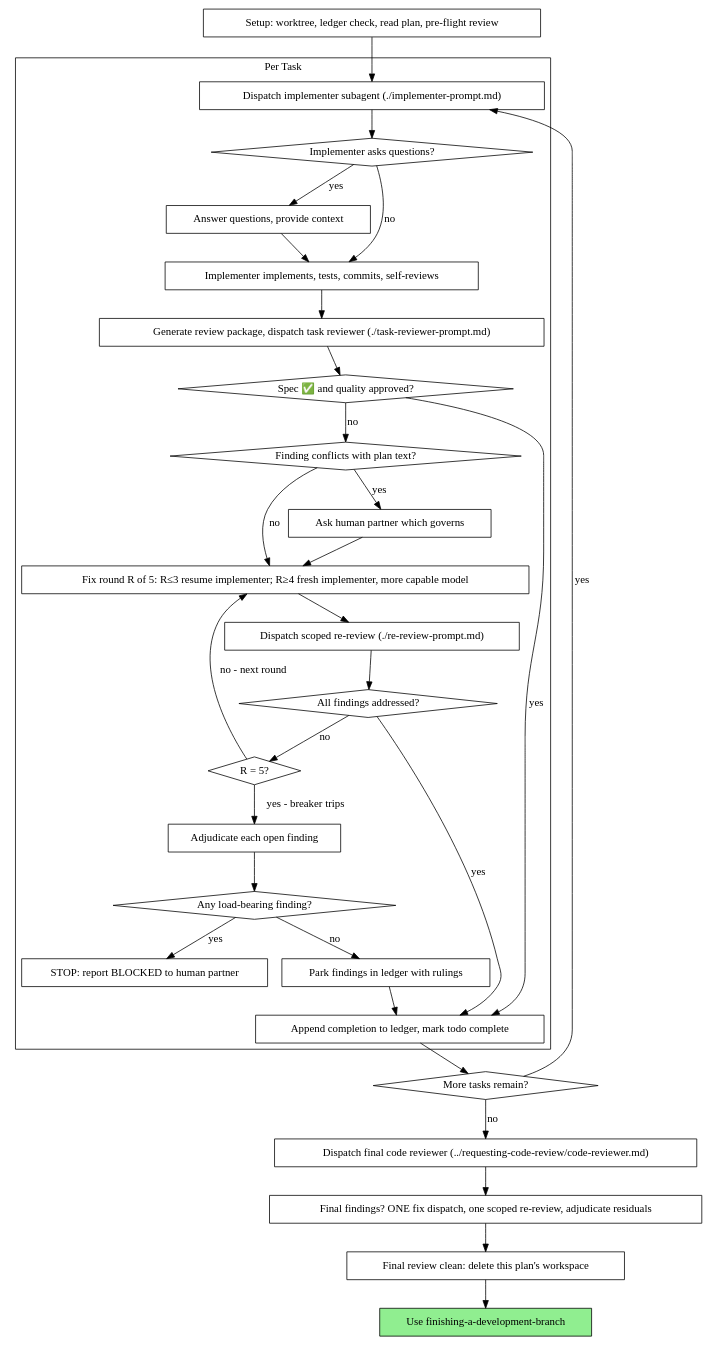
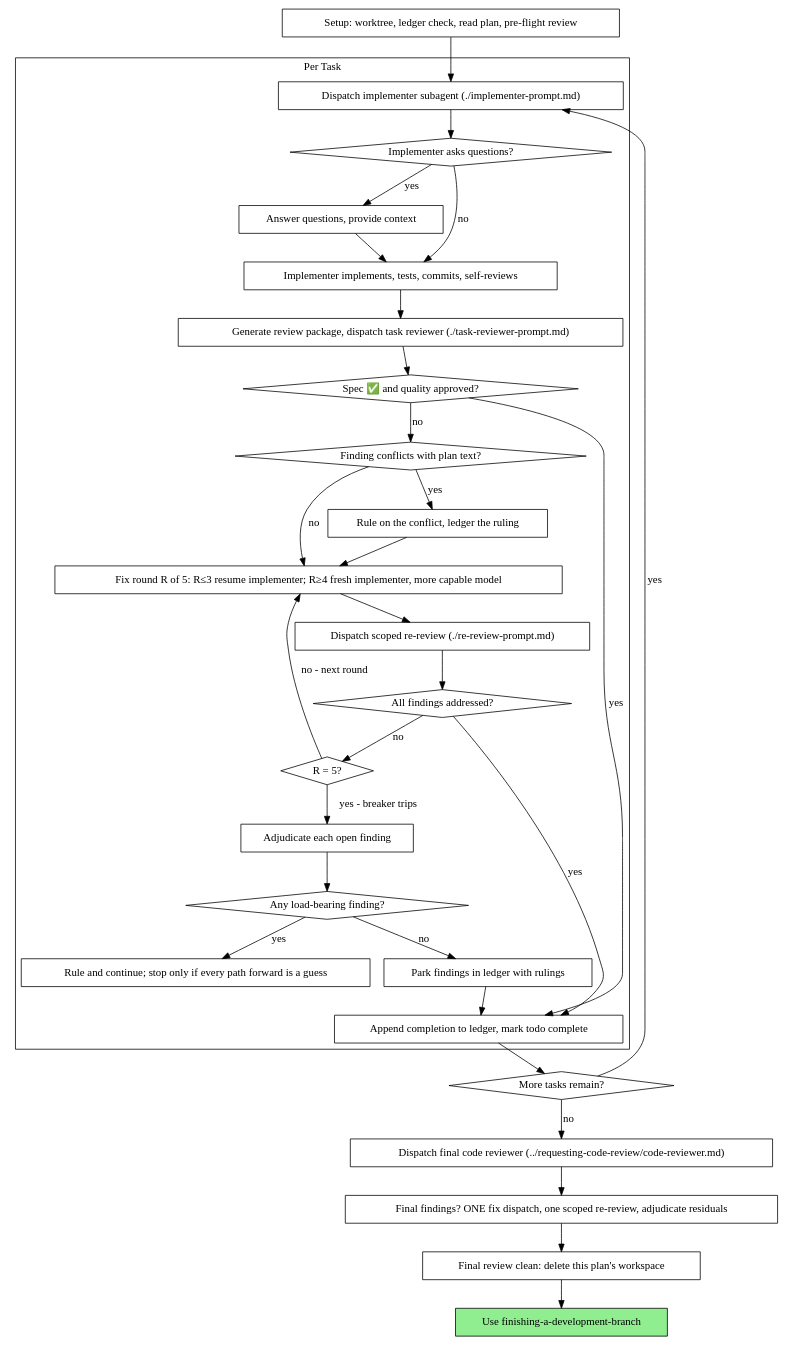
The second of 2 diagrams in skills/obra/subagent-driven-development/SKILL.md (XMMM1/skills), drawn with Graphviz before and after one commit. The commit also changed other lines of this file and 10 other files, not shown here.

````diff
--- a/skills/obra/subagent-driven-development/SKILL.md
+++ b/skills/obra/subagent-driven-development/SKILL.md
@@ -47,62 +61,62 @@
 ```dot
 digraph process {
     rankdir=TB;
 
     subgraph cluster_per_task {
         label="Per Task";
         "Dispatch implementer subagent (./implementer-prompt.md)" [shape=box];
         "Implementer asks questions?" [shape=diamond];
         "Answer questions, provide context" [shape=box];
         "Implementer implements, tests, commits, self-reviews" [shape=box];
         "Generate review package, dispatch task reviewer (./task-reviewer-prompt.md)" [shape=box];
         "Spec ✅ and quality approved?" [shape=diamond];
         "Finding conflicts with plan text?" [shape=diamond];
-        "Ask human partner which governs" [shape=box];
+        "Rule on the conflict, ledger the ruling" [shape=box];
         "Fix round R of 5: R≤3 resume implementer; R≥4 fresh implementer, more capable model" [shape=box];
         "Dispatch scoped re-review (./re-review-prompt.md)" [shape=box];
         "All findings addressed?" [shape=diamond];
         "R = 5?" [shape=diamond];
         "Adjudicate each open finding" [shape=box];
         "Any load-bearing finding?" [shape=diamond];
-        "STOP: report BLOCKED to human partner" [shape=box];
+        "Rule and continue; stop only if every path forward is a guess" [shape=box];
         "Park findings in ledger with rulings" [shape=box];
         "Append completion to ledger, mark todo complete" [shape=box];
     }
 
     "Setup: worktree, ledger check, read plan, pre-flight review" [shape=box];
     "More tasks remain?" [shape=diamond];
     "Dispatch final code reviewer (../requesting-code-review/code-reviewer.md)" [shape=box];
     "Final findings? ONE fix dispatch, one scoped re-review, adjudicate residuals" [shape=box];
     "Final review clean: delete this plan's workspace" [shape=box];
     "Use finishing-a-development-branch" [shape=box style=filled fillcolor=lightgreen];
 
     "Setup: worktree, ledger check, read plan, pre-flight review" -> "Dispatch implementer subagent (./implementer-prompt.md)";
     "Dispatch implementer subagent (./implementer-prompt.md)" -> "Implementer asks questions?";
     "Implementer asks questions?" -> "Answer questions, provide context" [label="yes"];
     "Answer questions, provide context" -> "Implementer implements, tests, commits, self-reviews";
     "Implementer asks questions?" -> "Implementer implements, tests, commits, self-reviews" [label="no"];
     "Implementer implements, tests, commits, self-reviews" -> "Generate review package, dispatch task reviewer (./task-reviewer-prompt.md)";
     "Generate review package, dispatch task reviewer (./task-reviewer-prompt.md)" -> "Spec ✅ and quality approved?";
     "Spec ✅ and quality approved?" -> "Append completion to ledger, mark todo complete" [label="yes"];
     "Spec ✅ and quality approved?" -> "Finding conflicts with plan text?" [label="no"];
-    "Finding conflicts with plan text?" -> "Ask human partner which governs" [label="yes"];
-    "Ask human partner which governs" -> "Fix round R of 5: R≤3 resume implementer; R≥4 fresh implementer, more capable model";
+    "Finding conflicts with plan text?" -> "Rule on the conflict, ledger the ruling" [label="yes"];
+    "Rule on the conflict, ledger the ruling" -> "Fix round R of 5: R≤3 resume implementer; R≥4 fresh implementer, more capable model";
     "Finding conflicts with plan text?" -> "Fix round R of 5: R≤3 resume implementer; R≥4 fresh implementer, more capable model" [label="no"];
     "Fix round R of 5: R≤3 resume implementer; R≥4 fresh implementer, more capable model" -> "Dispatch scoped re-review (./re-review-prompt.md)";
     "Dispatch scoped re-review (./re-review-prompt.md)" -> "All findings addressed?";
     "All findings addressed?" -> "Append completion to ledger, mark todo complete" [label="yes"];
     "All findings addressed?" -> "R = 5?" [label="no"];
     "R = 5?" -> "Fix round R of 5: R≤3 resume implementer; R≥4 fresh implementer, more capable model" [label="no - next round"];
     "R = 5?" -> "Adjudicate each open finding" [label="yes - breaker trips"];
     "Adjudicate each open finding" -> "Any load-bearing finding?";
-    "Any load-bearing finding?" -> "STOP: report BLOCKED to human partner" [label="yes"];
+    "Any load-bearing finding?" -> "Rule and continue; stop only if every path forward is a guess" [label="yes"];
     "Any load-bearing finding?" -> "Park findings in ledger with rulings" [label="no"];
     "Park findings in ledger with rulings" -> "Append completion to ledger, mark todo complete";
     "Append completion to ledger, mark todo complete" -> "More tasks remain?";
     "More tasks remain?" -> "Dispatch implementer subagent (./implementer-prompt.md)" [label="yes"];
     "More tasks remain?" -> "Dispatch final code reviewer (../requesting-code-review/code-reviewer.md)" [label="no"];
     "Dispatch final code reviewer (../requesting-code-review/code-reviewer.md)" -> "Final findings? ONE fix dispatch, one scoped re-review, adjudicate residuals";
     "Final findings? ONE fix dispatch, one scoped re-review, adjudicate residuals" -> "Final review clean: delete this plan's workspace";
     "Final review clean: delete this plan's workspace" -> "Use finishing-a-development-branch";
 }
 ```
````
